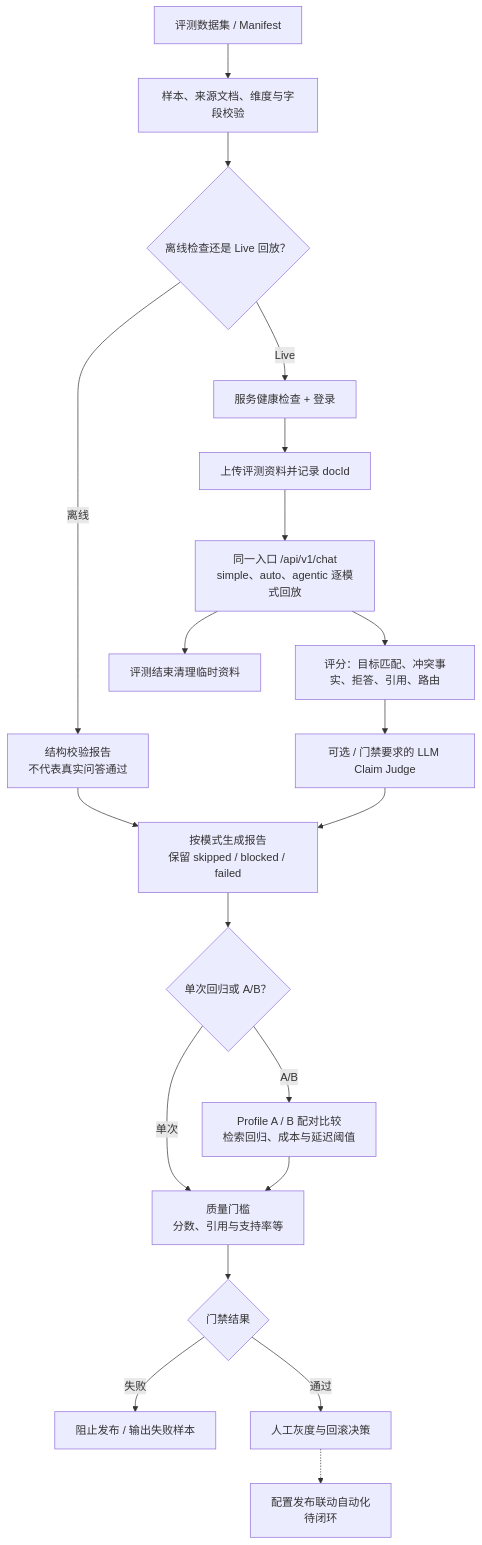
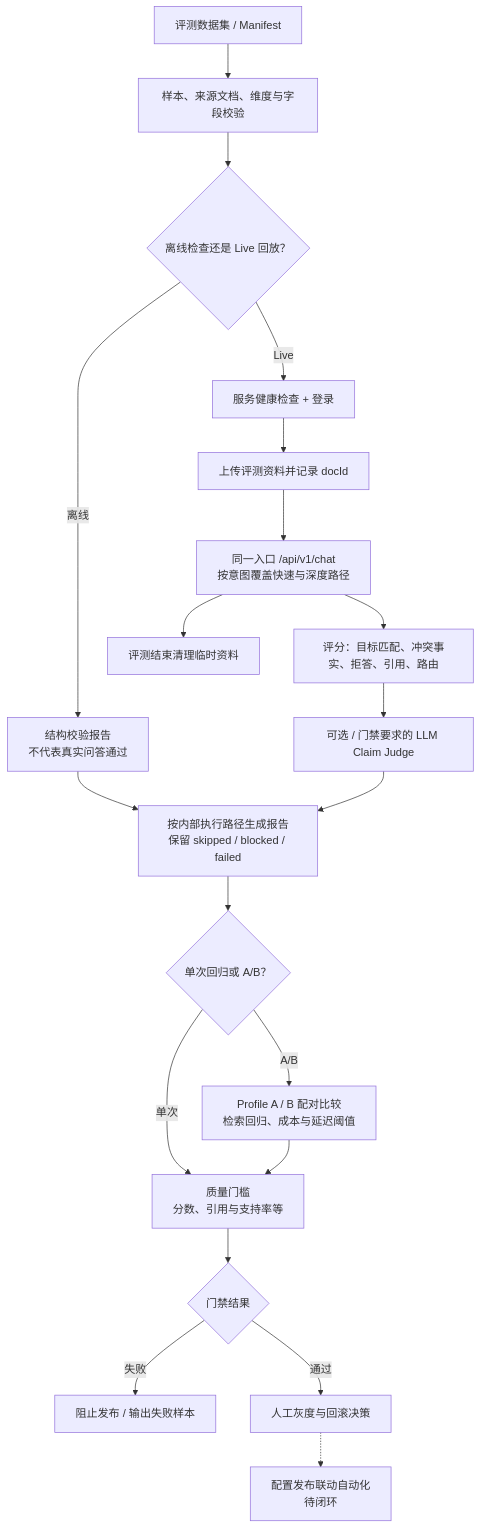
The sixth of 8 diagrams in docs/architecture/ARCHITECTURE.md (monstereatai/RAG), drawn with Mermaid before and after one commit. The commit also changed other lines of this file and 1983 other files, not shown here.

````diff
--- a/docs/architecture/ARCHITECTURE.md
+++ b/docs/architecture/ARCHITECTURE.md
@@ -305,22 +301,22 @@
 ```mermaid
 flowchart TB
   Dataset["评测数据集 / Manifest"] --> ValidateSet["样本、来源文档、维度与字段校验"]
   ValidateSet --> Mode{"离线检查还是 Live 回放？"}
   Mode -->|离线| Structure["结构校验报告<br/>不代表真实问答通过"]
   Mode -->|Live| Ready["服务健康检查 + 登录"]
   Ready --> Upload["上传评测资料并记录 docId"]
-  Upload --> Replay["同一入口 /api/v1/chat<br/>simple、auto、agentic 逐模式回放"]
+  Upload --> Replay["同一入口 /api/v1/chat<br/>按意图覆盖快速与深度路径"]
   Replay --> Score["评分：目标匹配、冲突事实、拒答、引用、路由"]
   Score --> Judge["可选 / 门禁要求的 LLM Claim Judge"]
-  Structure --> Report["按模式生成报告<br/>保留 skipped / blocked / failed"]
+  Structure --> Report["按内部执行路径生成报告<br/>保留 skipped / blocked / failed"]
   Judge --> Report
   Report --> Compare{"单次回归或 A/B？"}
   Compare -->|单次| Gate["质量门槛<br/>分数、引用与支持率等"]
   Compare -->|A/B| Delta["Profile A / B 配对比较<br/>检索回归、成本与延迟阈值"]
   Delta --> Gate
   Gate --> Decision{"门禁结果"}
   Decision -->|失败| Block["阻止发布 / 输出失败样本"]
   Decision -->|通过| Manual["人工灰度与回滚决策"]
   Manual -.-> Config["配置发布联动自动化<br/>待闭环"]
   Replay --> Cleanup["评测结束清理临时资料"]
 ```
````
